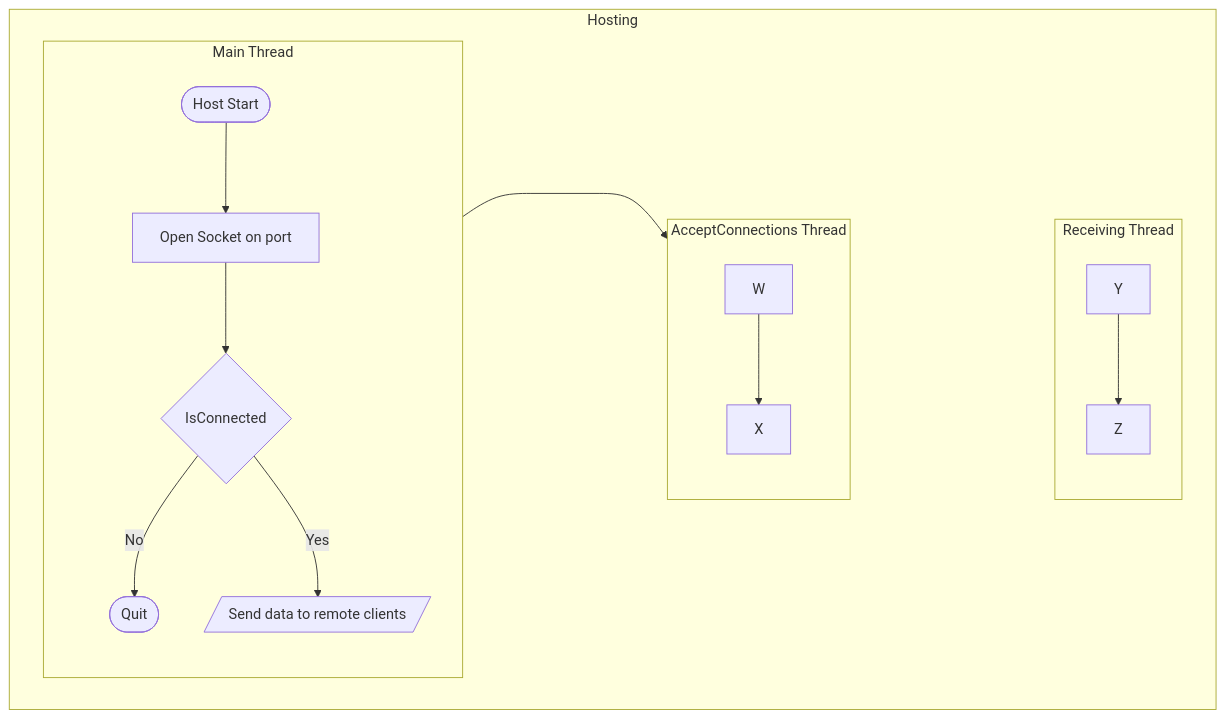
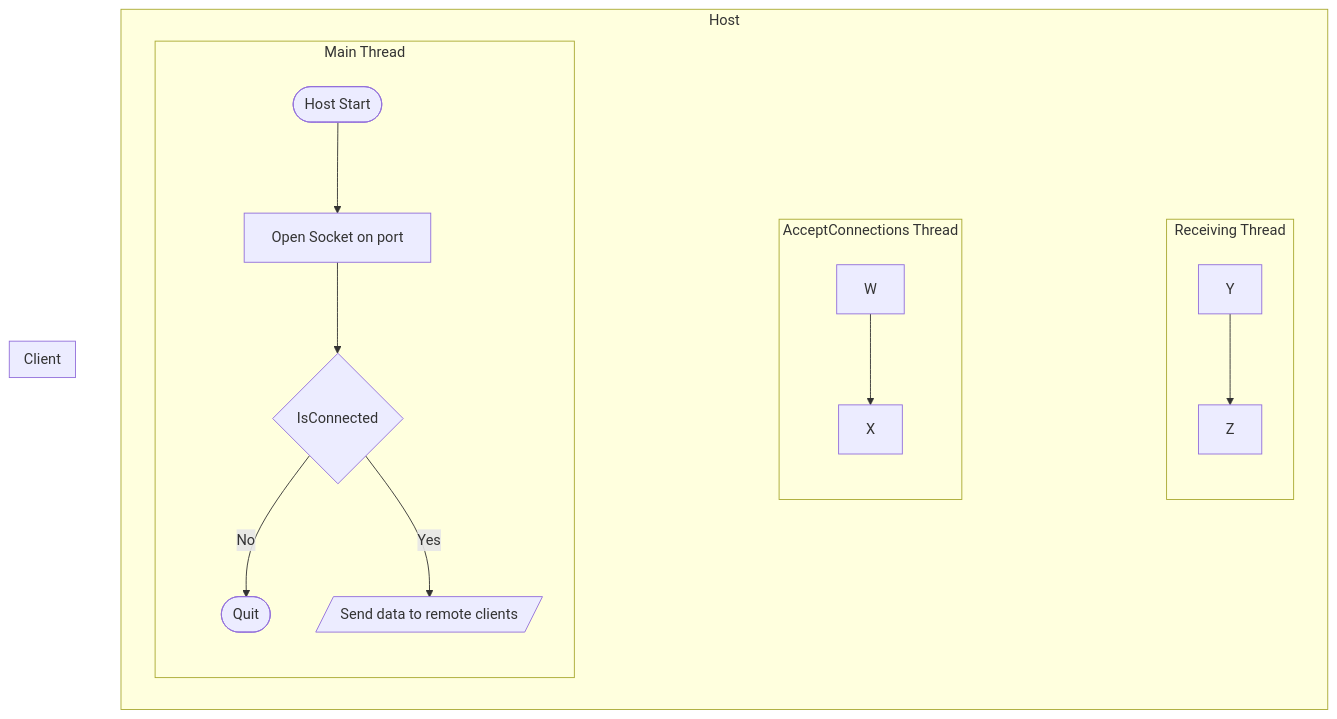
The diagram in README.md (GMcMichael/ThornNetworking), drawn with Mermaid before and after one commit.

````diff
--- a/README.md
+++ b/README.md
@@ -1,23 +1,26 @@
 ```mermaid
 flowchart TB
-    subgraph Hosting
+    subgraph Host
         direction LR
         mt ~~~~~ act ~~~~~ rt
         subgraph mt [Main Thread]
             direction TB
-            A([Host Start])-->B[Open Socket on port]
-            B-->D{IsConnected}
-            D-- No -->E([Quit])
-            D-- Yes -->F[/Send data to remote clients/]
+            A1([Host Start])-->B1[Open Socket on port]
+            B1-->D1{IsConnected}
+            D1-- No -->E1([Quit])
+            D1-- Yes -->F1[/Send data to remote clients/]
         end
         subgraph act [AcceptConnections Thread]
             direction TB
-            B-->W
             W-->X
         end
         subgraph rt [Receiving Thread]
             direction TB
             Y-->Z
         end
     end
+    subgraph Client
+        direction TB
+        
+    end
 ```
````
